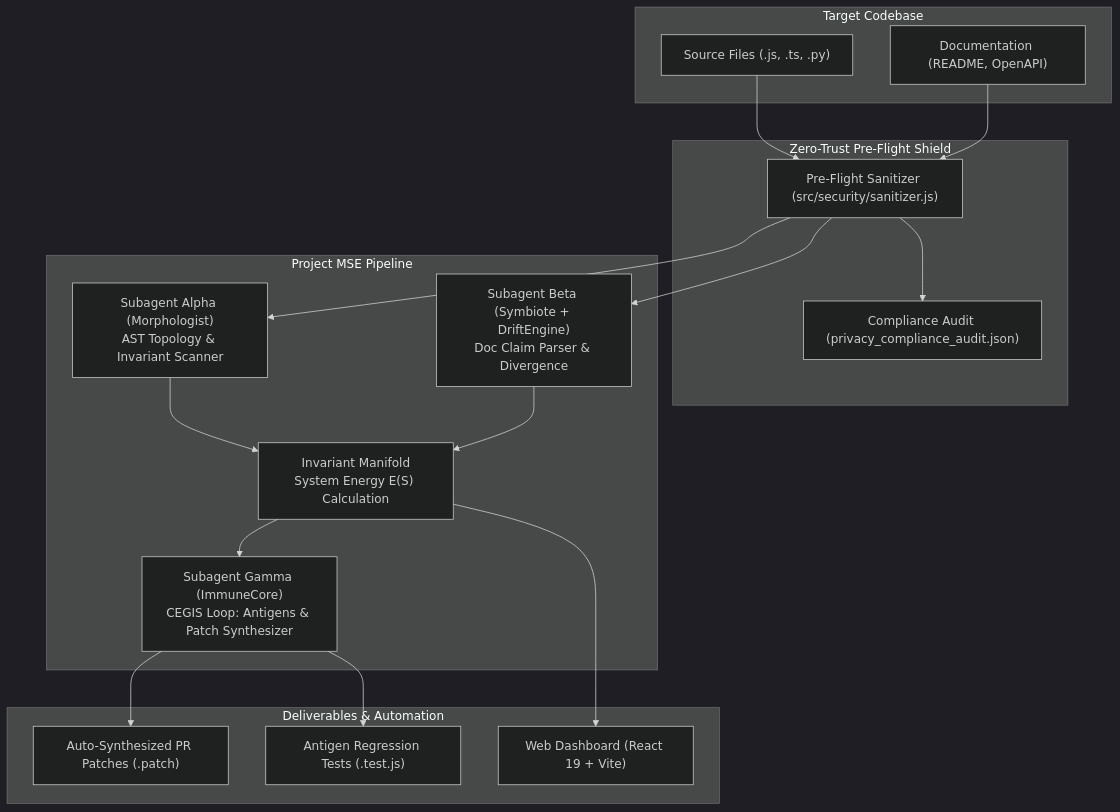
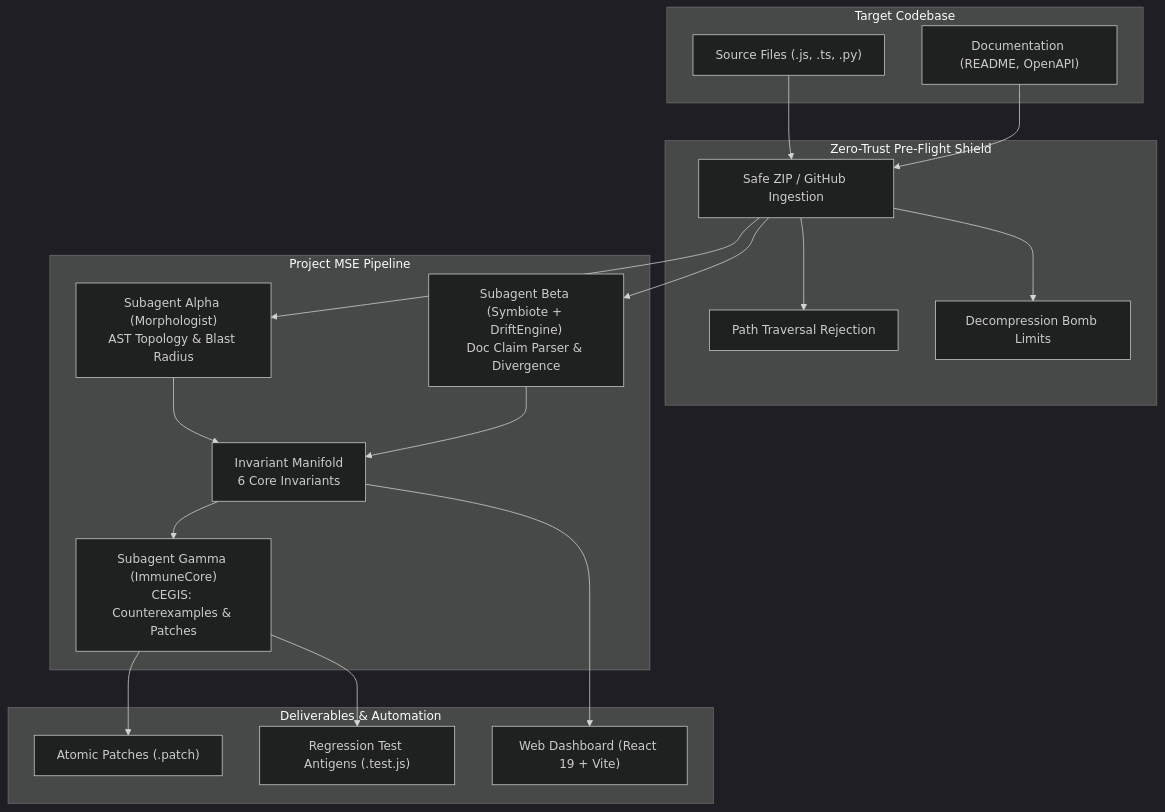
Before and after one commit to dev20082012-spec/Morphogenetic-Software-Engine: the diagram in README.md, drawn with Mermaid (dark theme). The commit also changed other lines of this file and 32 other files, not shown here.

````diff
--- a/README.md
+++ b/README.md
@@ -84,39 +68,41 @@
 ```mermaid
 flowchart TD
     subgraph Input ["Target Codebase"]
         Src["Source Files (.js, .ts, .py)"]
         Docs["Documentation (README, OpenAPI)"]
     end
 
     subgraph Security ["Zero-Trust Pre-Flight Shield"]
-        Sanitizer["Pre-Flight Sanitizer (src/security/sanitizer.js)"]
-        Audit["Compliance Audit (privacy_compliance_audit.json)"]
-        Sanitizer --> Audit
+        Sanitizer["Safe ZIP / GitHub Ingestion"]
+        ZipSlip["Path Traversal Rejection"]
+        Bomb["Decompression Bomb Limits"]
+        Sanitizer --> ZipSlip
+        Sanitizer --> Bomb
     end
 
     Src --> Sanitizer
     Docs --> Sanitizer
 
     subgraph Pipeline ["Project MSE Pipeline"]
-        Alpha["Subagent Alpha (Morphologist)\nAST Topology & Invariant Scanner"]
+        Alpha["Subagent Alpha (Morphologist)\nAST Topology & Blast Radius"]
         Beta["Subagent Beta (Symbiote + DriftEngine)\nDoc Claim Parser & Divergence"]
-        Manifold["Invariant Manifold\nSystem Energy E(S) Calculation"]
-        Gamma["Subagent Gamma (ImmuneCore)\nCEGIS Loop: Antigens & Patch Synthesizer"]
+        Manifold["Invariant Manifold\n6 Core Invariants"]
+        Gamma["Subagent Gamma (ImmuneCore)\nCEGIS: Counterexamples & Patches"]
         
         Sanitizer --> Alpha
         Sanitizer --> Beta
         Alpha --> Manifold
         Beta --> Manifold
         Manifold --> Gamma
     end
 
     subgraph Output ["Deliverables & Automation"]
-        PR["Auto-Synthesized PR Patches (.patch)"]
-        Antigens["Antigen Regression Tests (.test.js)"]
+        PR["Atomic Patches (.patch)"]
+        Antigens["Regression Test Antigens (.test.js)"]
         UI["Web Dashboard (React 19 + Vite)"]
     end
 
     Gamma --> PR
     Gamma --> Antigens
     Manifold --> UI
 ```
````
